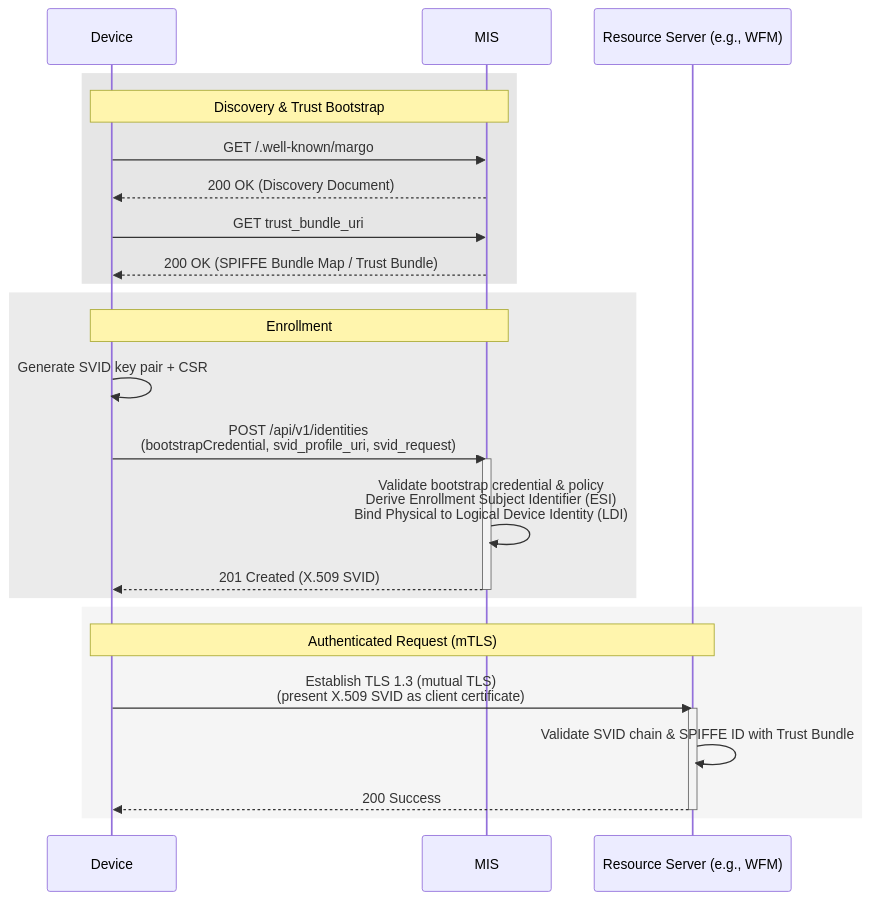
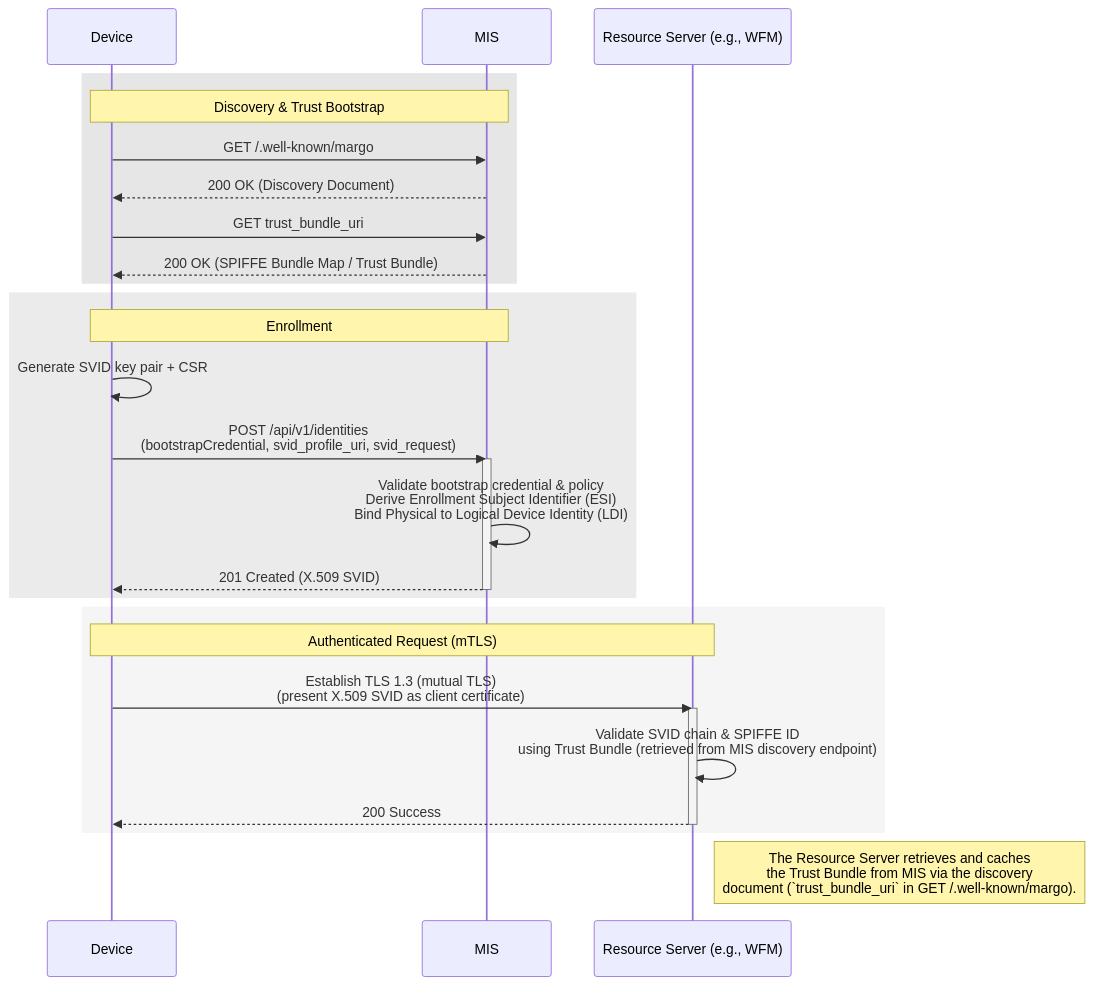
Before and after one commit to margo/specification-enhancements: the first of 7 diagrams in proposals/margo-identity-and-authorization-framework.md, drawn with Mermaid. The commit also changed other lines of this file, not shown here.

Commit message:
docs: clarify how a resource server obtains a Trust Bundle

````diff
--- a/proposals/margo-identity-and-authorization-framework.md
+++ b/proposals/margo-identity-and-authorization-framework.md
@@ -1470,33 +1470,35 @@
 ```mermaid
 sequenceDiagram
     participant Device
     participant MIS
     participant RS as Resource Server (e.g., WFM)
 
     rect rgb(230,230,230)
         note over Device,MIS: Discovery & Trust Bootstrap
         Device->>MIS: GET /.well-known/margo
         MIS-->>Device: 200 OK (Discovery Document)
         Device->>MIS: GET trust_bundle_uri
         MIS-->>Device: 200 OK (SPIFFE Bundle Map / Trust Bundle)
     end
 
     rect rgb(235,235,235)
         note over Device,MIS: Enrollment
         Device->>Device: Generate SVID key pair + CSR
         Device->>MIS: POST /api/v1/identities<br/>(bootstrapCredential, svid_profile_uri, svid_request)
         activate MIS
         MIS->>MIS: Validate bootstrap credential & policy<br/>Derive Enrollment Subject Identifier (ESI)<br/>Bind Physical to Logical Device Identity (LDI)
         MIS-->>Device: 201 Created (X.509 SVID)
         deactivate MIS
     end
 
     rect rgb(245,245,245)
         note over Device,RS: Authenticated Request (mTLS)
         Device->>RS: Establish TLS 1.3 (mutual TLS)<br/>(present X.509 SVID as client certificate)
         activate RS
-        RS->>RS: Validate SVID chain & SPIFFE ID with Trust Bundle
+        RS->>RS: Validate SVID chain & SPIFFE ID<br/>using Trust Bundle (retrieved from MIS discovery endpoint)
         RS-->>Device: 200 Success
         deactivate RS
     end
+
+    note right of RS: The Resource Server retrieves and caches<br/>the Trust Bundle from MIS via the discovery<br/>document (`trust_bundle_uri` in GET /.well-known/margo).
 ```
````
